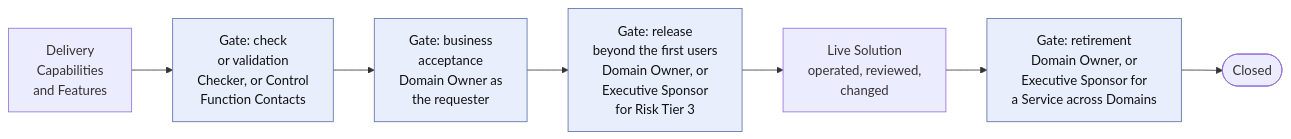
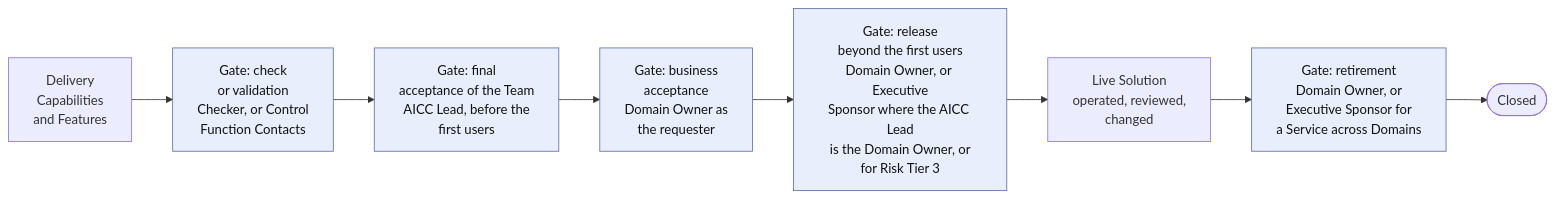
One commit to devhogu/ob-aicc changed the third of 5 diagrams in charter/guides/service-delivery-guide.md. Above: the diagram before and after it, drawn with Mermaid. The commit also changed other lines of this file and 200 other files, not shown here.

````diff
--- a/charter/guides/service-delivery-guide.md
+++ b/charter/guides/service-delivery-guide.md
@@ -56,11 +56,12 @@
 ```mermaid
 flowchart LR
   DV["Delivery<br/>Capabilities<br/>and Features"] --> G4["Gate: check<br/>or validation<br/>Checker, or Control<br/>Function Contacts"]
-  G4 --> G5["Gate: business<br/>acceptance<br/>Domain Owner as<br/>the requester"]
-  G5 --> G6["Gate: release<br/>beyond the first users<br/>Domain Owner, or<br/>Executive Sponsor<br/>for Risk Tier 3"]
+  G4 --> G4B["Gate: final<br/>acceptance of the Team<br/>AICC Lead, before the<br/>first users"]
+  G4B --> G5["Gate: business<br/>acceptance<br/>Domain Owner as<br/>the requester"]
+  G5 --> G6["Gate: release<br/>beyond the first users<br/>Domain Owner, or Executive<br/>Sponsor where the AICC Lead<br/>is the Domain Owner, or<br/>for Risk Tier 3"]
   G6 --> LV["Live Solution<br/>operated, reviewed,<br/>changed"]
   LV --> G7["Gate: retirement<br/>Domain Owner, or<br/>Executive Sponsor for<br/>a Service across Domains"]
   G7 --> CL(["Closed"])
   classDef gate fill:#e8eefc,stroke:#5a6fa8,color:#111
-  class G4,G5,G6,G7 gate
+  class G4,G4B,G5,G6,G7 gate
 ```
````
